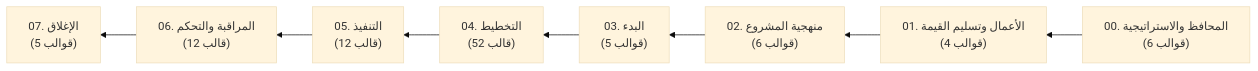
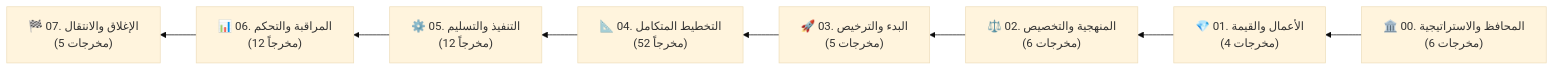
The first of 2 diagrams in README_AR.md (fakhruldeen/Tasleemat), drawn with Mermaid (base theme) before and after one commit. The commit also changed other lines of this file and 1 other file, not shown here.

````diff
--- a/README_AR.md
+++ b/README_AR.md
@@ -56,10 +101,10 @@
 ```mermaid
 flowchart RL
-    P0["00. المحافظ والاستراتيجية<br/>(6 قوالب)"] --> P1["01. الأعمال وتسليم القيمة<br/>(4 قوالب)"]
-    P1 --> P2["02. منهجية المشروع<br/>(6 قوالب)"]
-    P2 --> P3["03. البدء<br/>(5 قوالب)"]
-    P3 --> P4["04. التخطيط<br/>(52 قالب)"]
-    P4 --> P5["05. التنفيذ<br/>(12 قالب)"]
-    P5 --> P6["06. المراقبة والتحكم<br/>(12 قالب)"]
-    P6 --> P7["07. الإغلاق<br/>(5 قوالب)"]
+    P0["🏛️ 00. المحافظ والاستراتيجية<br/>(6 مخرجات)"] --> P1["💎 01. الأعمال والقيمة<br/>(4 مخرجات)"]
+    P1 --> P2["⚖️ 02. المنهجية والتخصيص<br/>(6 مخرجات)"]
+    P2 --> P3["🚀 03. البدء والترخيص<br/>(5 مخرجات)"]
+    P3 --> P4["📐 04. التخطيط المتكامل<br/>(52 مخرجاً)"]
+    P4 --> P5["⚙️ 05. التنفيذ والتسليم<br/>(12 مخرجاً)"]
+    P5 --> P6["📊 06. المراقبة والتحكم<br/>(12 مخرجاً)"]
+    P6 --> P7["🏁 07. الإغلاق والانتقال<br/>(5 مخرجات)"]
 ```
````
